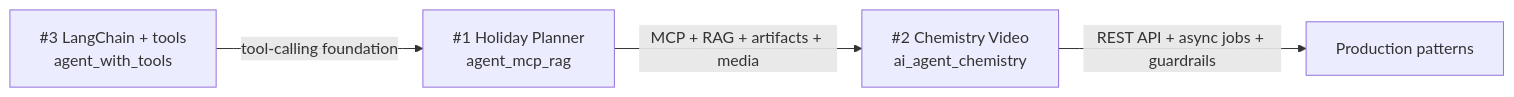
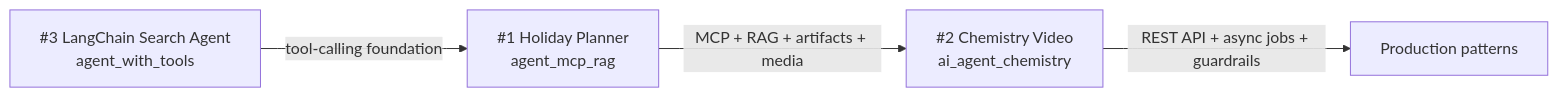
One commit to loinguyen19/ai_machine_learning changed the diagram in README.md. Above: the diagram before and after it, drawn with Mermaid. The commit also changed other lines of this file and 1 other file, not shown here.

````diff
--- a/README.md
+++ b/README.md
@@ -223,6 +33,6 @@
 ```mermaid
 flowchart LR
-    P3["#3 LangChain + tools<br/>agent_with_tools"] -->|tool-calling foundation| P1["#1 Holiday Planner<br/>agent_mcp_rag"]
+    P3["#3 LangChain Search Agent<br/>agent_with_tools"] -->|tool-calling foundation| P1["#1 Holiday Planner<br/>agent_mcp_rag"]
     P1 -->|MCP + RAG + artifacts + media| P2["#2 Chemistry Video<br/>ai_agent_chemistry"]
     P2 -->|REST API + async jobs + guardrails| D[Production patterns]
 ```
````
